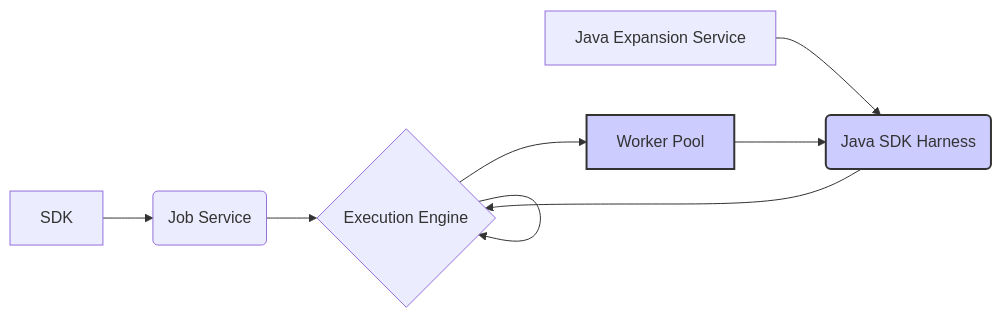
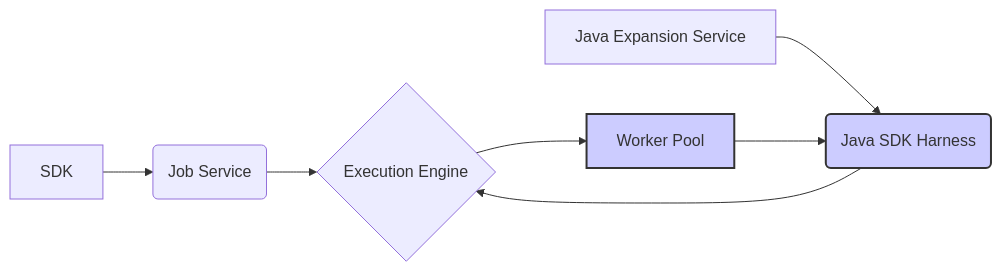
Before and after one commit to liferoad/beam-ml-flink: the diagram in README.md, drawn with Mermaid.

Commit message:
fix the graph

````diff
--- a/README.md
+++ b/README.md
@@ -78,12 +78,11 @@
 ```mermaid
 graph LR
       A[SDK] --> B(Job Service);
       B --> C{Execution Engine};
         C --> D[Worker Pool];
         E[Java Expansion Service] --> F(Java SDK Harness);
        D --> F
         F --> C
-      C --> C
       style D fill:#ccf,stroke:#333,stroke-width:2px
       style F fill:#ccf,stroke:#333,stroke-width:2px
 ```
````
